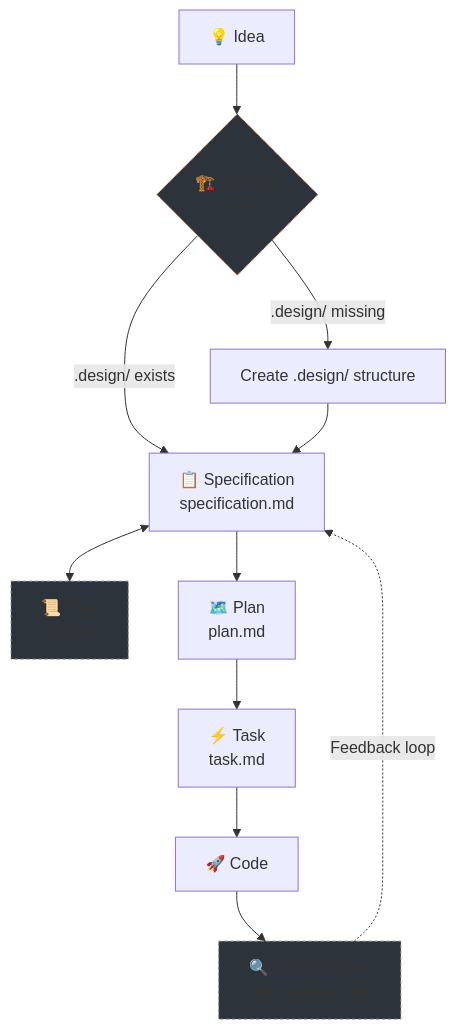
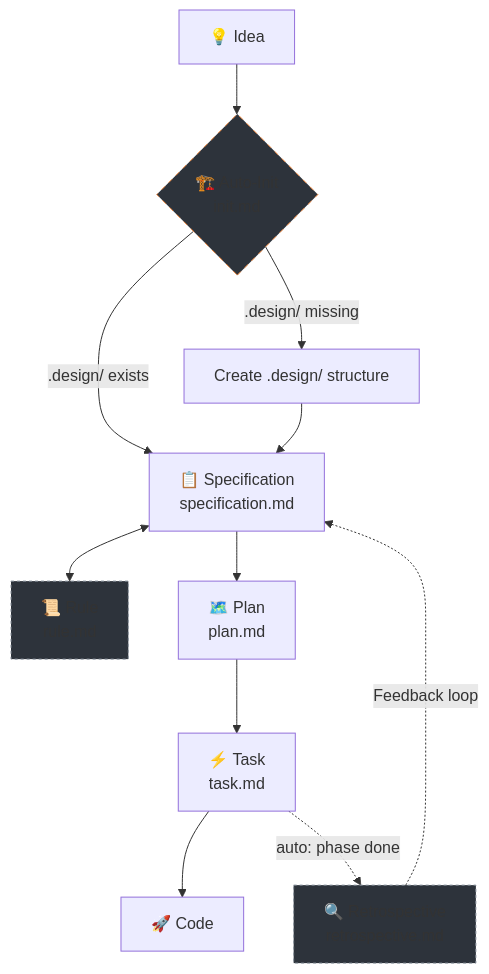
One commit to teratron/magic-spec changed the first of 2 diagrams in docs/README.md. Above: the diagram before and after it, drawn with Mermaid. The commit also changed other lines of this file and 3 other files, not shown here.

````diff
--- a/docs/README.md
+++ b/docs/README.md
@@ -18,16 +18,16 @@
 ```mermaid
 graph TD
     IDEA["💡 Idea"] --> INIT{"🏗️ Auto-Init<br/>init.md"}
     INIT -->|.design/ exists| SPEC
     INIT -->|.design/ missing| CREATE["Create .design/ structure"] --> SPEC
     SPEC["📋 Specification<br/>specification.md"] <--> RULE["📜 Rule<br/>rule.md"]
     SPEC --> PLAN["🗺️ Plan<br/>plan.md"]
     PLAN --> TASK["⚡ Task<br/>task.md"]
     TASK --> CODE["🚀 Code"]
-    CODE --> RETRO["🔍 Retrospective<br/>retrospective.md"]
+    TASK -.->|"auto: phase done"| RETRO["🔍 Retrospective<br/>retrospective.md"]
     RETRO -.->|Feedback loop| SPEC
 
     style INIT fill:#2d333b,stroke:#f0883e,stroke-dasharray: 5 5
     style RULE fill:#2d333b,stroke:#8b949e,stroke-dasharray: 3 3
     style RETRO fill:#2d333b,stroke:#8b949e,stroke-dasharray: 3 3
 ```
````
